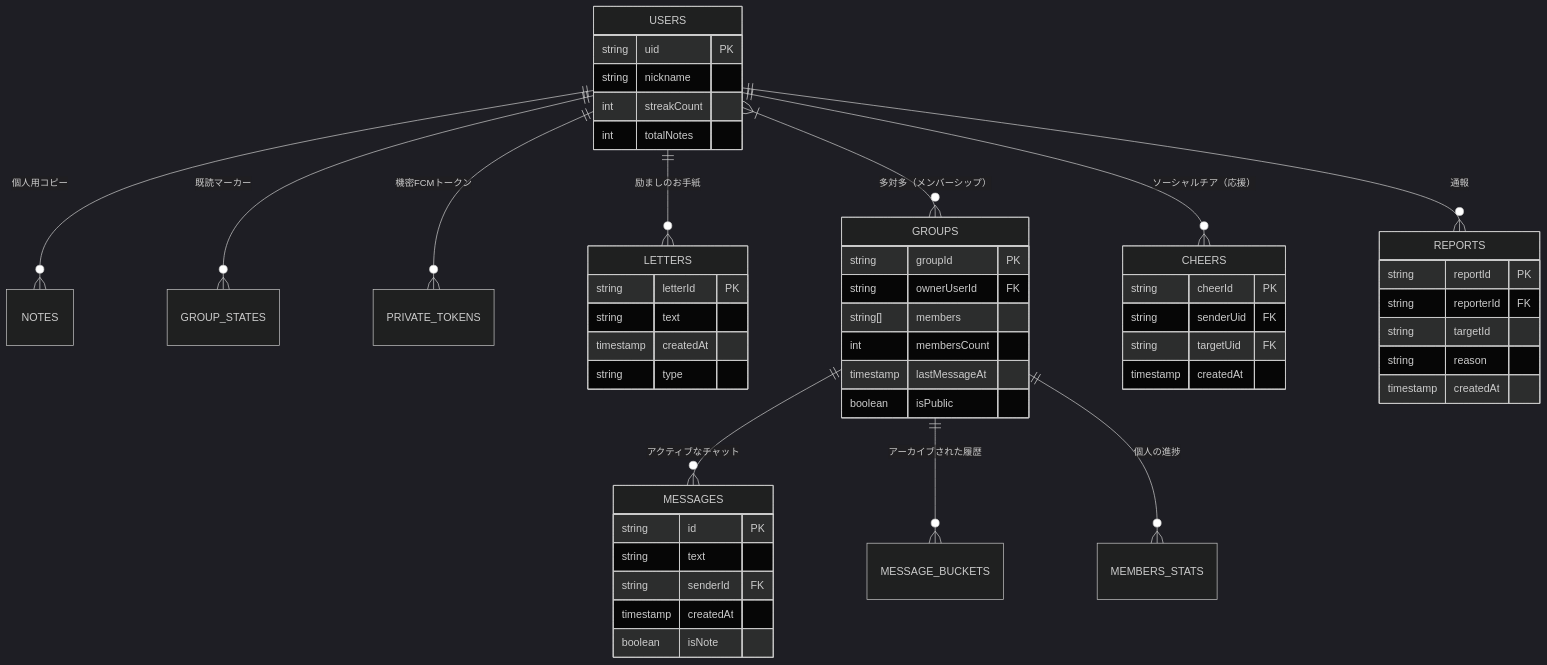
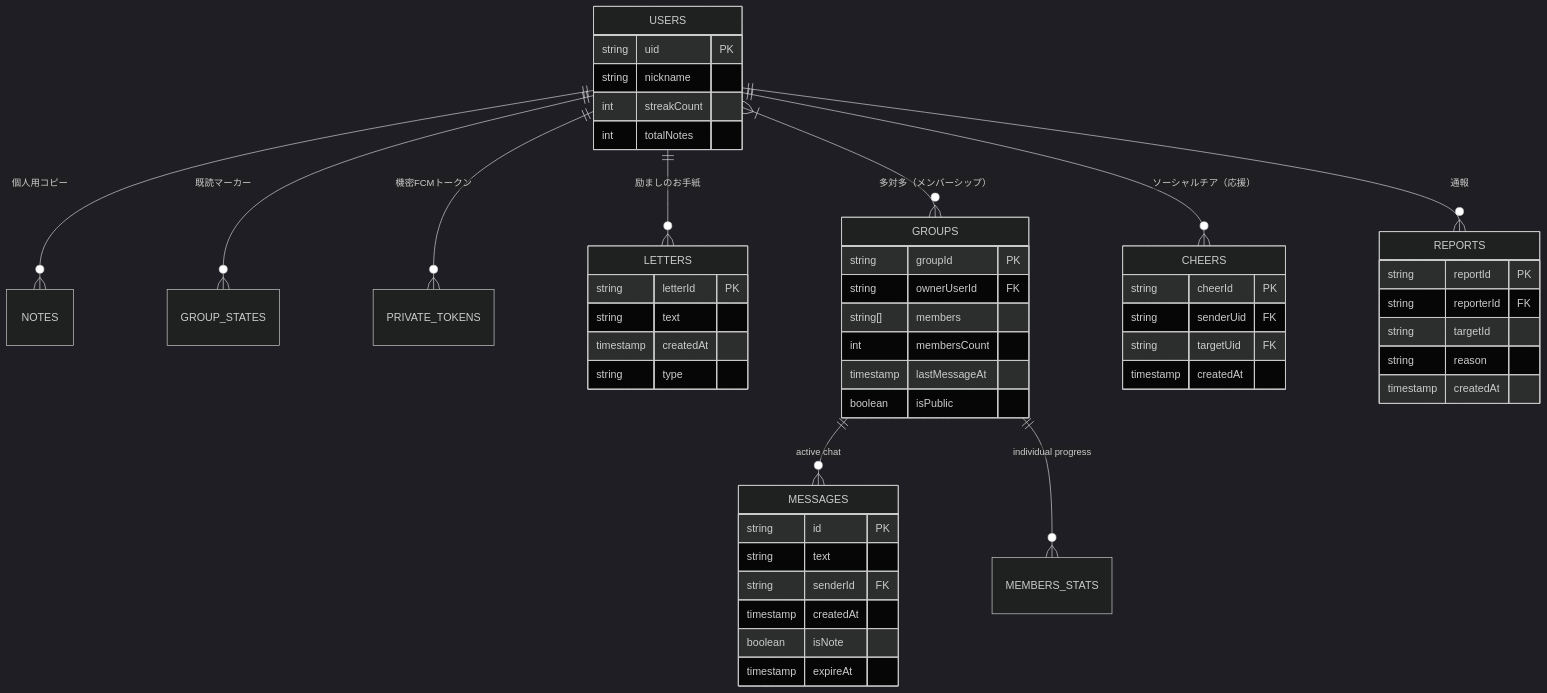
Before and after one commit to ScriptureHabit/scripture-habit: the first of 2 diagrams in docs/ja/database-security.md, drawn with Mermaid (dark theme). The commit also changed other lines of this file and 14 other files, not shown here.

````diff
--- a/docs/ja/database-security.md
+++ b/docs/ja/database-security.md
@@ -11,62 +11,62 @@
 ```mermaid
 erDiagram
     USERS ||--o{ NOTES : "個人用コピー"
     USERS ||--o{ GROUP_STATES : "既読マーカー"
     USERS ||--o{ PRIVATE_TOKENS : "機密FCMトークン"
     USERS ||--o{ LETTERS : "励ましのお手紙"
     
-    GROUPS ||--o{ MESSAGES : "アクティブなチャット"
-    GROUPS ||--o{ MESSAGE_BUCKETS : "アーカイブされた履歴"
-    GROUPS ||--o{ MEMBERS_STATS : "個人の進捗"
+    GROUPS ||--o{ MESSAGES : "active chat"
+    GROUPS ||--o{ MEMBERS_STATS : "individual progress"
     
     USERS }|--o{ GROUPS : "多対多（メンバーシップ）"
     
     USERS ||--o{ CHEERS : "ソーシャルチア（応援）"
     USERS ||--o{ REPORTS : "通報"
     
     USERS {
         string uid PK
         string nickname
         int streakCount
         int totalNotes
     }
     
     GROUPS {
         string groupId PK
         string ownerUserId FK
         string[] members
         int membersCount
         timestamp lastMessageAt
         boolean isPublic
     }
     
     MESSAGES {
         string id PK
         string text
         string senderId FK
         timestamp createdAt
         boolean isNote
+        timestamp expireAt
     }
     
     LETTERS {
         string letterId PK
         string text
         timestamp createdAt
         string type
     }
     
     CHEERS {
         string cheerId PK
         string senderUid FK
         string targetUid FK
         timestamp createdAt
     }
     
     REPORTS {
         string reportId PK
         string reporterId FK
         string targetId
         string reason
         timestamp createdAt
     }
 ```
````
